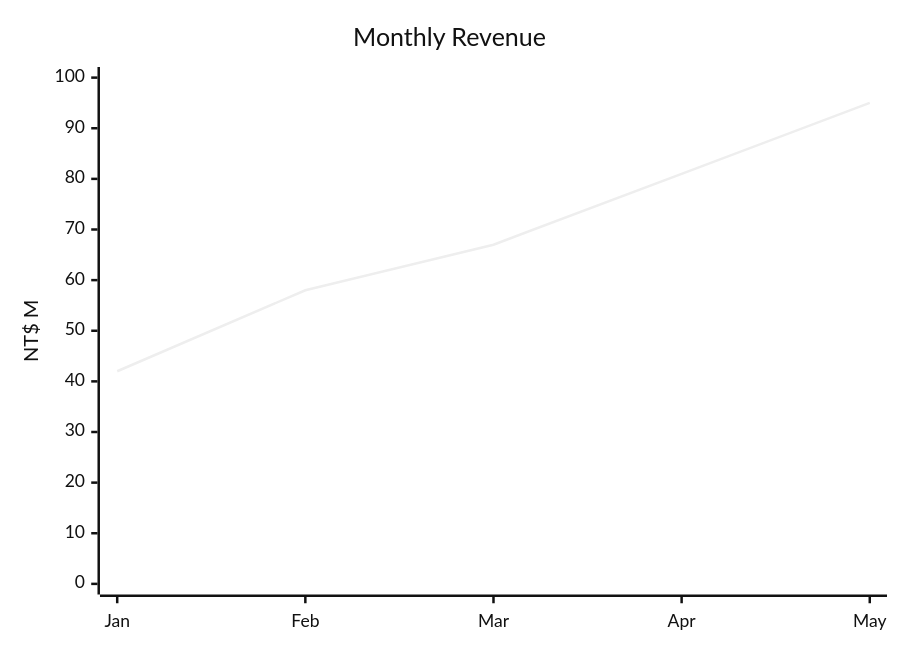
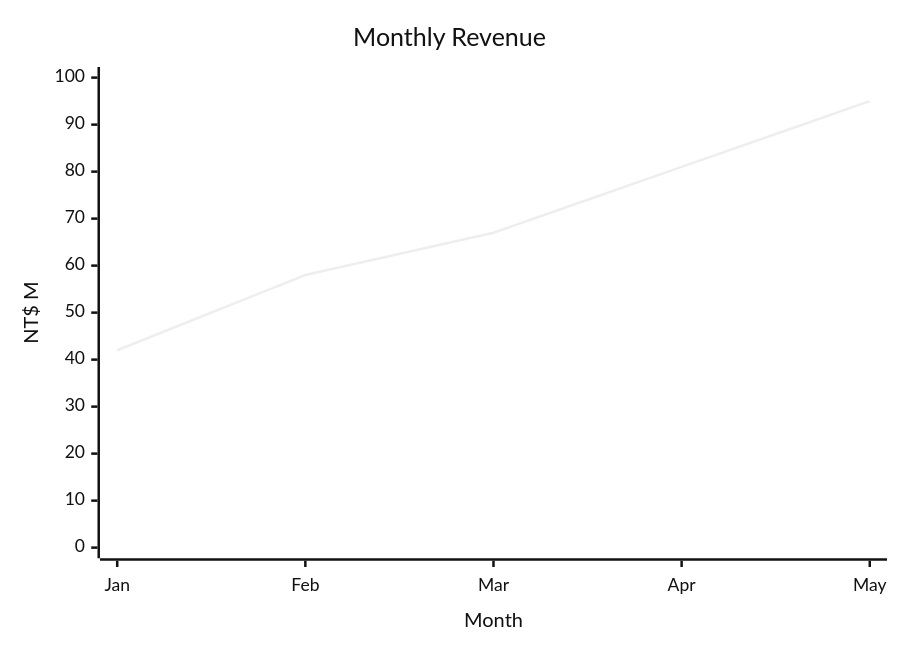
Before and after one commit to kouko/monkey-skills: the first of 2 diagrams in obsidian/skills/obsidian-mermaid-visualizer/SKILL.md, drawn with Mermaid (neutral theme). The commit also changed 3 other files, not shown here.

````diff
--- a/obsidian/skills/obsidian-mermaid-visualizer/SKILL.md
+++ b/obsidian/skills/obsidian-mermaid-visualizer/SKILL.md
@@ -98,7 +98,7 @@
 ```mermaid
 xychart-beta
     title "Monthly Revenue"
-    x-axis ["Jan", "Feb", "Mar", "Apr", "May"]
+    x-axis "Month" ["Jan", "Feb", "Mar", "Apr", "May"]
     y-axis "NT$ M" 0 --> 100
     line "Revenue" [42, 58, 67, 81, 95]
 ```
````
